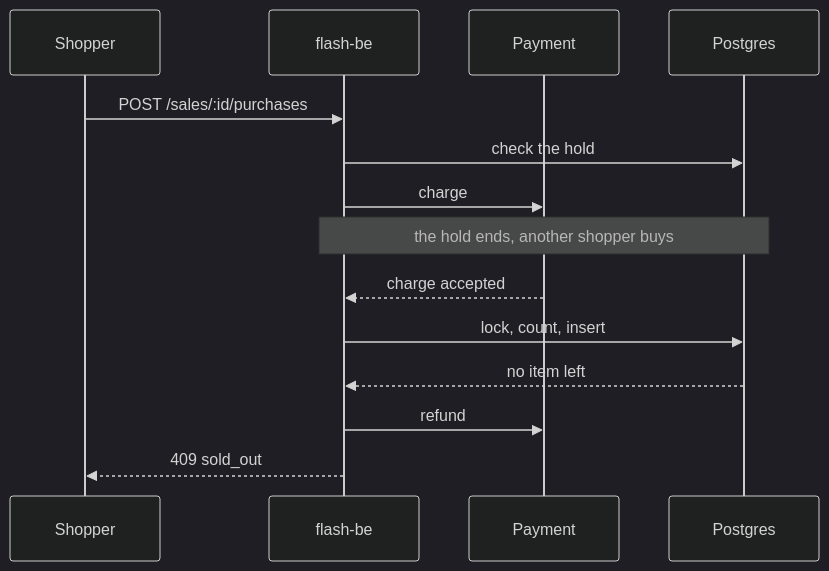
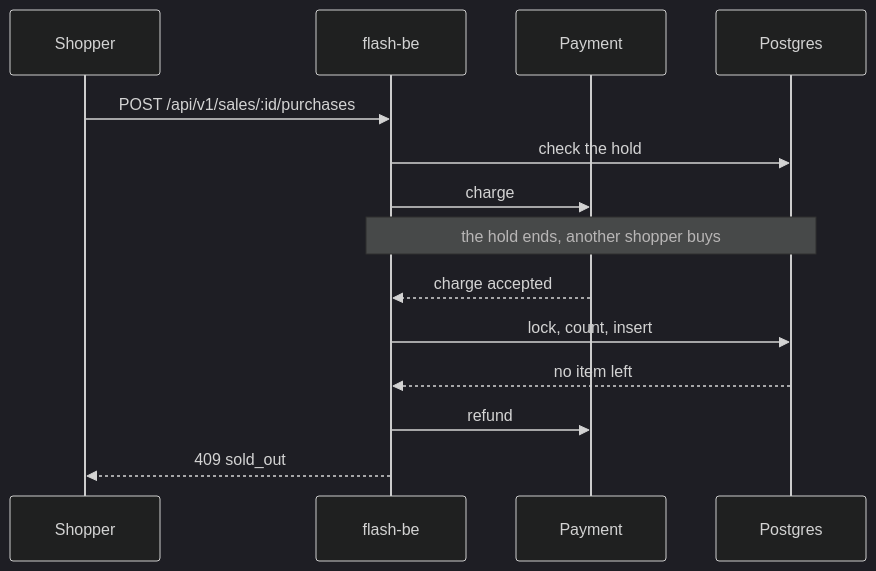
One commit to wahidyankf/coding-itv-js-flashsale changed the third of 4 diagrams in specs/apps/flash/c4/sequences.md. Above: the diagram before and after it, drawn with Mermaid (dark theme). The commit also changed other lines of this file and 111 other files, not shown here.

````diff
--- a/specs/apps/flash/c4/sequences.md
+++ b/specs/apps/flash/c4/sequences.md
@@ -200,18 +200,18 @@
 ```mermaid
 sequenceDiagram
   accTitle: The hold ends during payment
   accDescr: The shopper confirms and the API charges the provider. While the charge runs, the hold ends and another shopper takes the last item. The commit sees that no item is left, so the API refunds the charge and answers sold out.
   participant S as Shopper
   participant A as flash-be
   participant Y as Payment
   participant P as Postgres
-  S->>A: POST /sales/:id/purchases
+  S->>A: POST /api/v1/sales/:id/purchases
   A->>P: check the hold
   A->>Y: charge
   Note over A,P: the hold ends, another shopper buys
   Y-->>A: charge accepted
   A->>P: lock, count, insert
   P-->>A: no item left
   A->>Y: refund
   A-->>S: 409 sold_out
 ```
````
